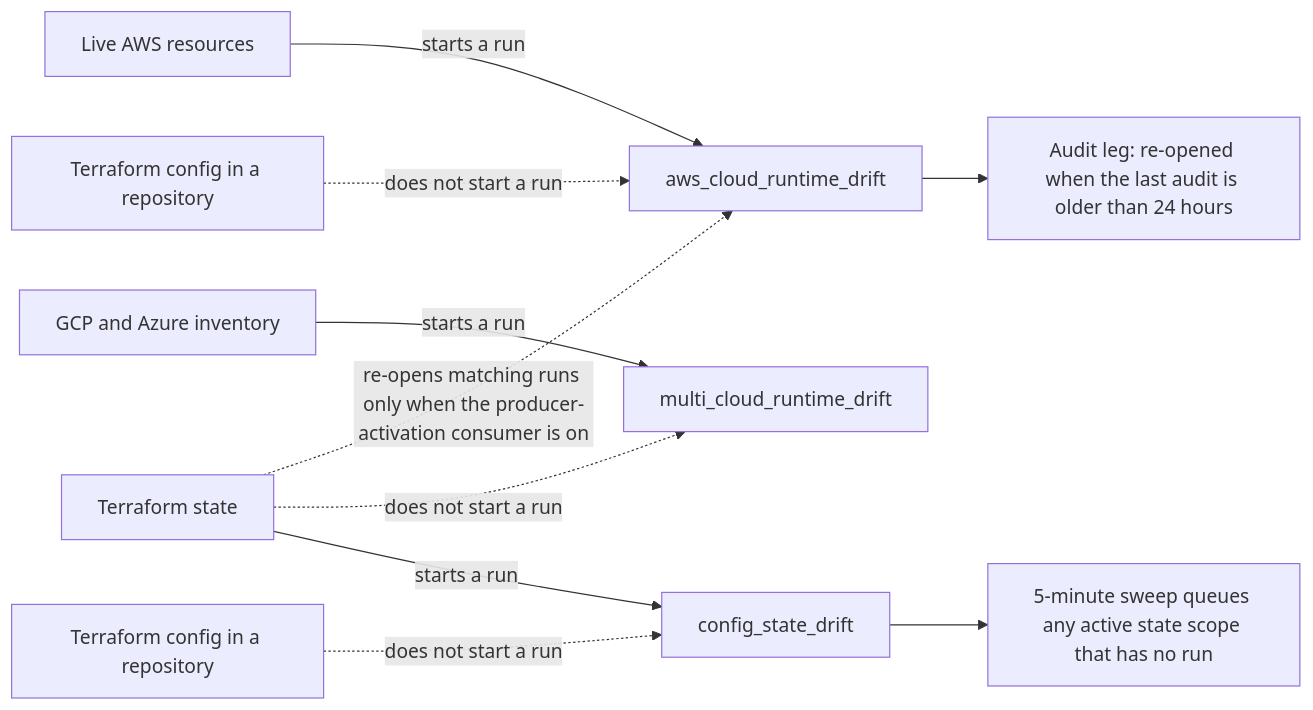
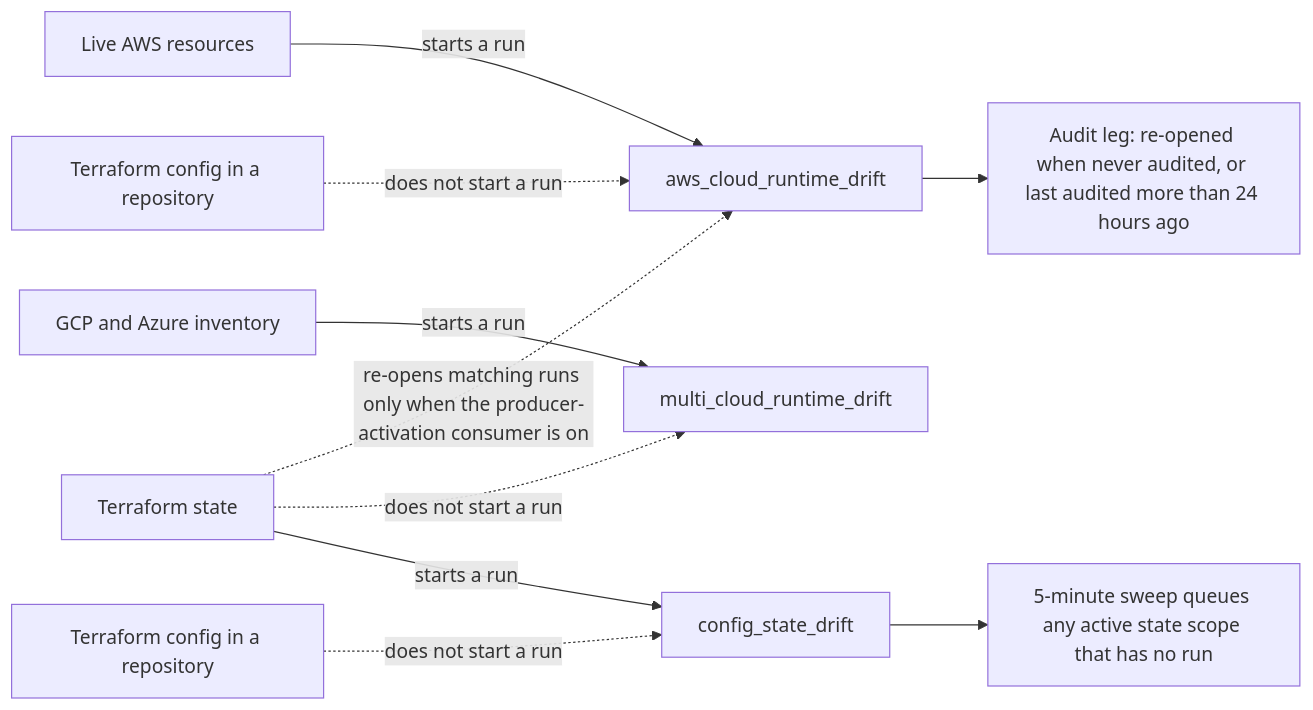
The diagram in docs/internal/correlation-atlas/cloud.md (eshu-hq/eshu), drawn with Mermaid before and after one commit. The commit also changed other lines of this file and 1 other file, not shown here.

First line of the commit message:
Align the atlas audit wording and scope two observations

````diff
--- a/docs/internal/correlation-atlas/cloud.md
+++ b/docs/internal/correlation-atlas/cloud.md
@@ -13,12 +13,12 @@
 ```mermaid
 flowchart LR
   AWS["Live AWS resources"] -- "starts a run" --> AD["aws_cloud_runtime_drift"]
   TF["Terraform state"] -. "re-opens matching runs only when the producer-activation consumer is on" .-> AD
   CFGA["Terraform config in a repository"] -. "does not start a run" .-> AD
   GCP["GCP and Azure inventory"] -- "starts a run" --> MD["multi_cloud_runtime_drift"]
   TF -. "does not start a run" .-> MD
   TF -- "starts a run" --> CD["config_state_drift"]
   CFG["Terraform config in a repository"] -. "does not start a run" .-> CD
-  AD --> AUD["Audit leg: re-opened when the last audit is older than 24 hours"]
+  AD --> AUD["Audit leg: re-opened when never audited, or last audited more than 24 hours ago"]
   CD --> SW["5-minute sweep queues any active state scope that has no run"]
 ```
````
